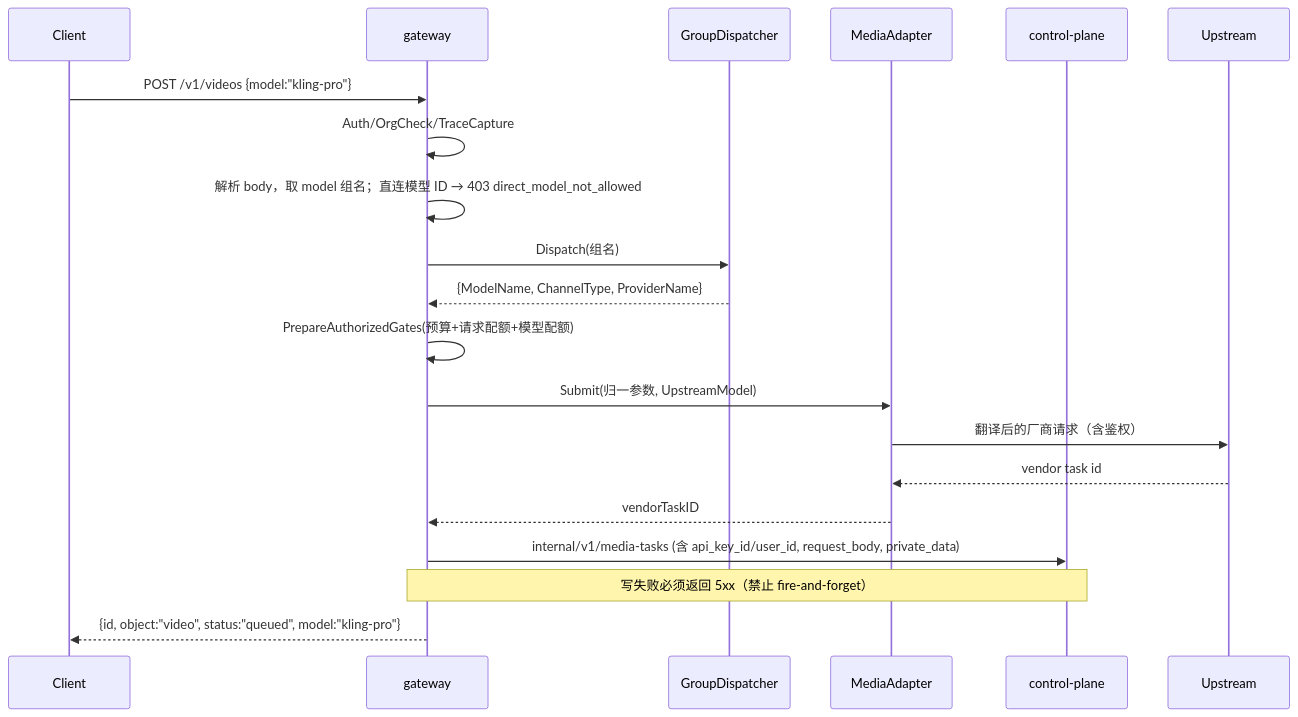
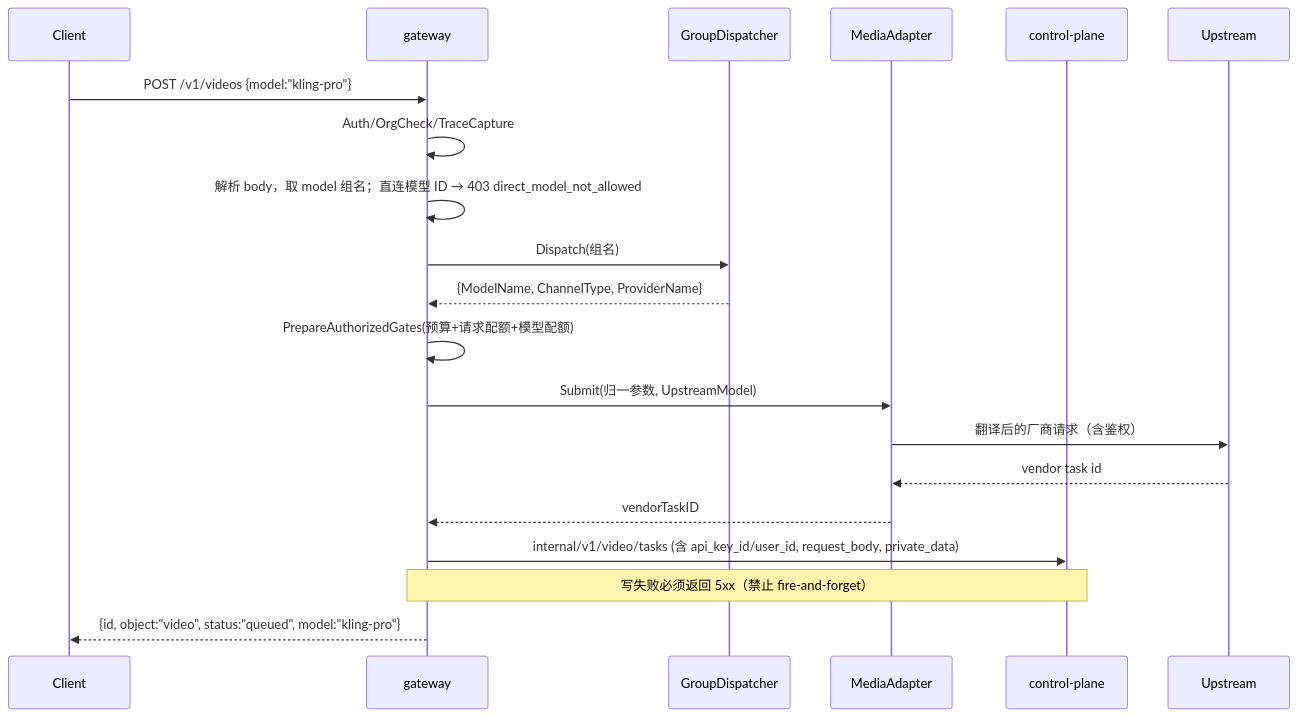
Before and after one commit to achieve-jsy/llm-gateway: the second of 3 diagrams in docs/media-channels-integration-design.md, drawn with Mermaid. The commit also changed other lines of this file and 6 other files, not shown here.

First line of the commit message:
feat(media): 文档与契约收口 + 视频响应对齐 OpenAI video 形状（Batch 3 · E4）

````diff
--- a/docs/media-channels-integration-design.md
+++ b/docs/media-channels-integration-design.md
@@ -372,24 +372,24 @@
 ```mermaid
 sequenceDiagram
   participant C as Client
   participant G as gateway
   participant D as GroupDispatcher
   participant A as MediaAdapter
   participant CP as control-plane
   participant U as Upstream
 
   C->>G: POST /v1/videos {model:"kling-pro"}
   G->>G: Auth/OrgCheck/TraceCapture
   G->>G: 解析 body，取 model 组名；直连模型 ID → 403 direct_model_not_allowed
   G->>D: Dispatch(组名)
   D-->>G: {ModelName, ChannelType, ProviderName}
   G->>G: PrepareAuthorizedGates(预算+请求配额+模型配额)
   G->>A: Submit(归一参数, UpstreamModel)
   A->>U: 翻译后的厂商请求（含鉴权）
   U-->>A: vendor task id
   A-->>G: vendorTaskID
-  G->>CP: internal/v1/media-tasks (含 api_key_id/user_id, request_body, private_data)
+  G->>CP: internal/v1/video/tasks (含 api_key_id/user_id, request_body, private_data)
 
   Note over G,CP: 写失败必须返回 5xx（禁止 fire-and-forget）
   G-->>C: {id, object:"video", status:"queued", model:"kling-pro"}
 ```
````
